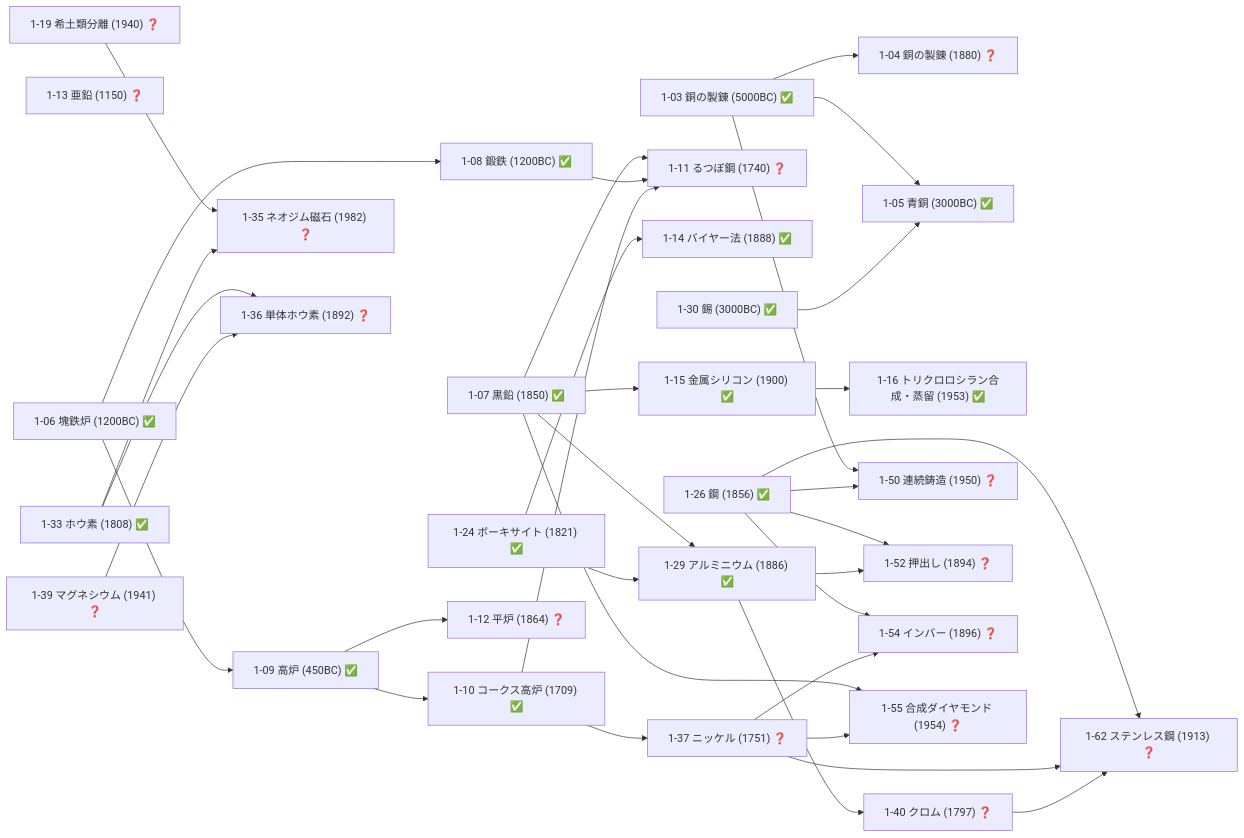
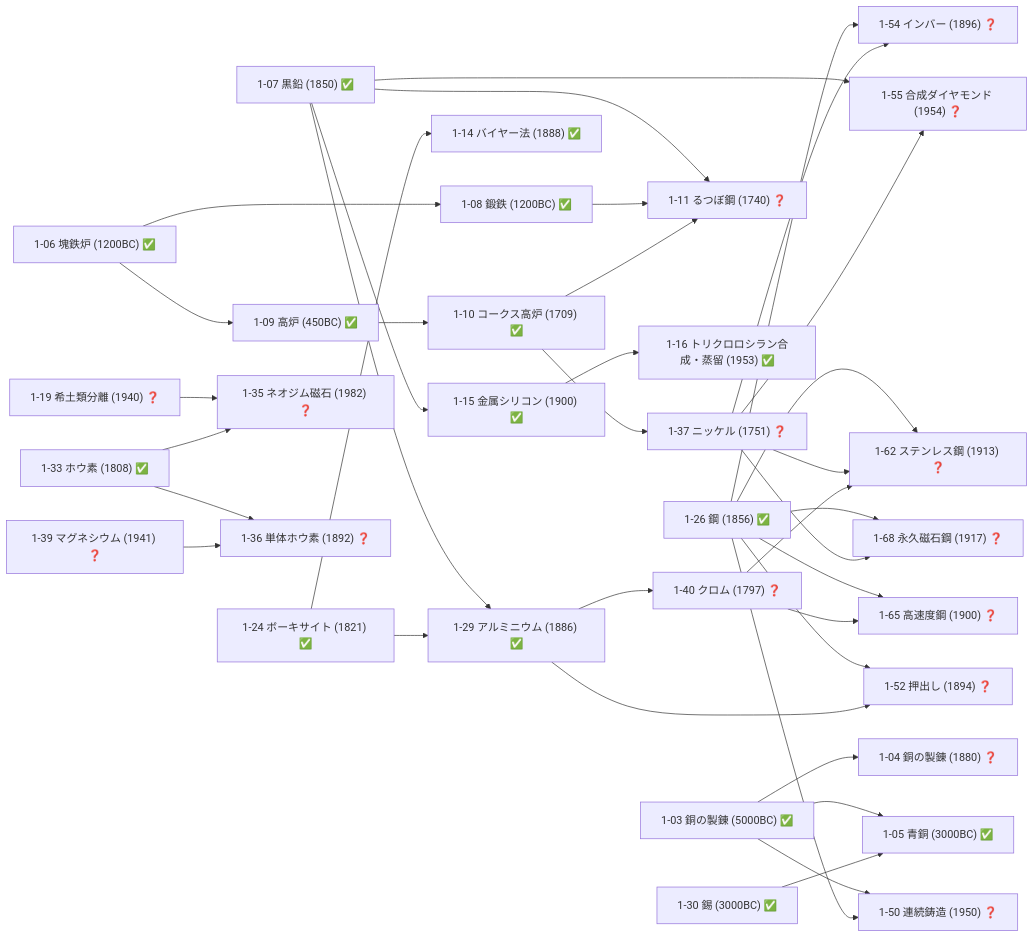
The fourth of 19 diagrams in docs/TECH_TREE_VIEW.md (taku3i0317-collab/semiconductor-lab), drawn with Mermaid before and after one commit. The commit also changed other lines of this file and 6 other files, not shown here.

````diff
--- a/docs/TECH_TREE_VIEW.md
+++ b/docs/TECH_TREE_VIEW.md
@@ -176,65 +176,68 @@
 ```mermaid
 graph LR
   n1_03["1-03 銅の製錬 (5000BC) ✅"]
   n1_04["1-04 銅の製錬 (1880) ❓"]
   n1_05["1-05 青銅 (3000BC) ✅"]
   n1_06["1-06 塊鉄炉 (1200BC) ✅"]
   n1_07["1-07 黒鉛 (1850) ✅"]
   n1_08["1-08 鍛鉄 (1200BC) ✅"]
   n1_09["1-09 高炉 (450BC) ✅"]
   n1_10["1-10 コークス高炉 (1709) ✅"]
   n1_11["1-11 るつぼ鋼 (1740) ❓"]
-  n1_12["1-12 平炉 (1864) ❓"]
-  n1_13["1-13 亜鉛 (1150) ❓"]
   n1_14["1-14 バイヤー法 (1888) ✅"]
   n1_15["1-15 金属シリコン (1900) ✅"]
   n1_16["1-16 トリクロロシラン合成・蒸留 (1953) ✅"]
   n1_19["1-19 希土類分離 (1940) ❓"]
   n1_24["1-24 ボーキサイト (1821) ✅"]
   n1_26["1-26 鋼 (1856) ✅"]
   n1_29["1-29 アルミニウム (1886) ✅"]
   n1_30["1-30 錫 (3000BC) ✅"]
   n1_33["1-33 ホウ素 (1808) ✅"]
   n1_35["1-35 ネオジム磁石 (1982) ❓"]
   n1_36["1-36 単体ホウ素 (1892) ❓"]
   n1_37["1-37 ニッケル (1751) ❓"]
   n1_39["1-39 マグネシウム (1941) ❓"]
   n1_40["1-40 クロム (1797) ❓"]
   n1_50["1-50 連続鋳造 (1950) ❓"]
   n1_52["1-52 押出し (1894) ❓"]
   n1_54["1-54 インバー (1896) ❓"]
   n1_55["1-55 合成ダイヤモンド (1954) ❓"]
   n1_62["1-62 ステンレス鋼 (1913) ❓"]
+  n1_65["1-65 高速度鋼 (1900) ❓"]
+  n1_68["1-68 永久磁石鋼 (1917) ❓"]
   n1_03-->n1_04
   n1_03-->n1_05
   n1_30-->n1_05
   n1_06-->n1_08
   n1_06-->n1_09
   n1_09-->n1_10
   n1_07-->n1_11
   n1_08-->n1_11
   n1_10-->n1_11
-  n1_09-->n1_12
   n1_24-->n1_14
   n1_07-->n1_15
   n1_15-->n1_16
   n1_07-->n1_29
   n1_24-->n1_29
   n1_19-->n1_35
   n1_33-->n1_35
   n1_33-->n1_36
   n1_39-->n1_36
   n1_10-->n1_37
   n1_29-->n1_40
   n1_03-->n1_50
   n1_26-->n1_50
   n1_26-->n1_52
   n1_29-->n1_52
   n1_26-->n1_54
   n1_37-->n1_54
   n1_07-->n1_55
   n1_37-->n1_55
   n1_26-->n1_62
   n1_37-->n1_62
   n1_40-->n1_62
+  n1_26-->n1_65
+  n1_40-->n1_65
+  n1_26-->n1_68
+  n1_37-->n1_68
 ```
````
